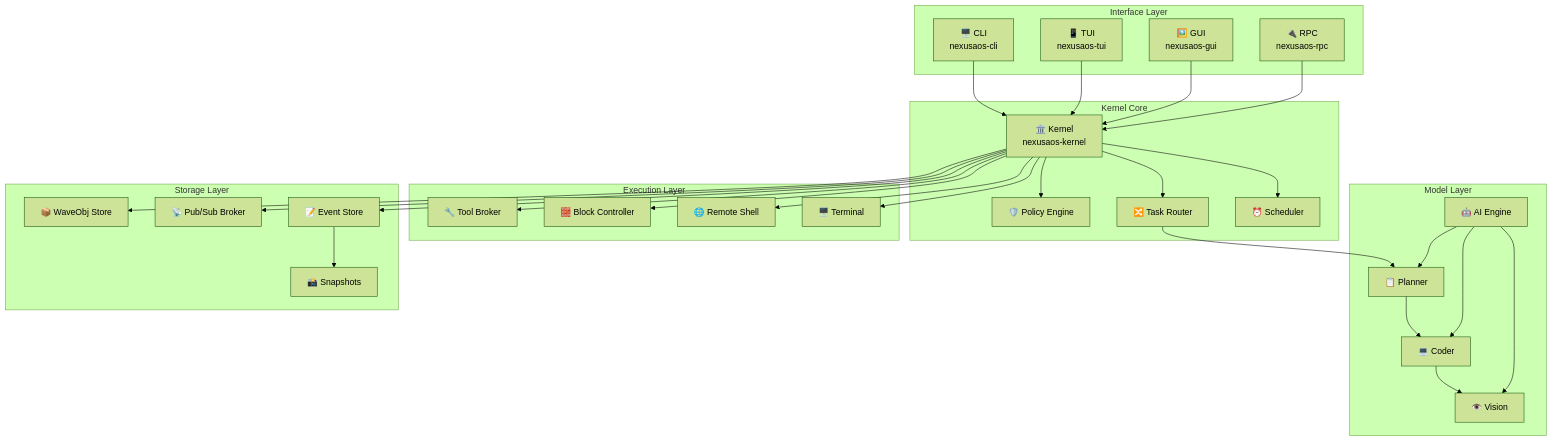
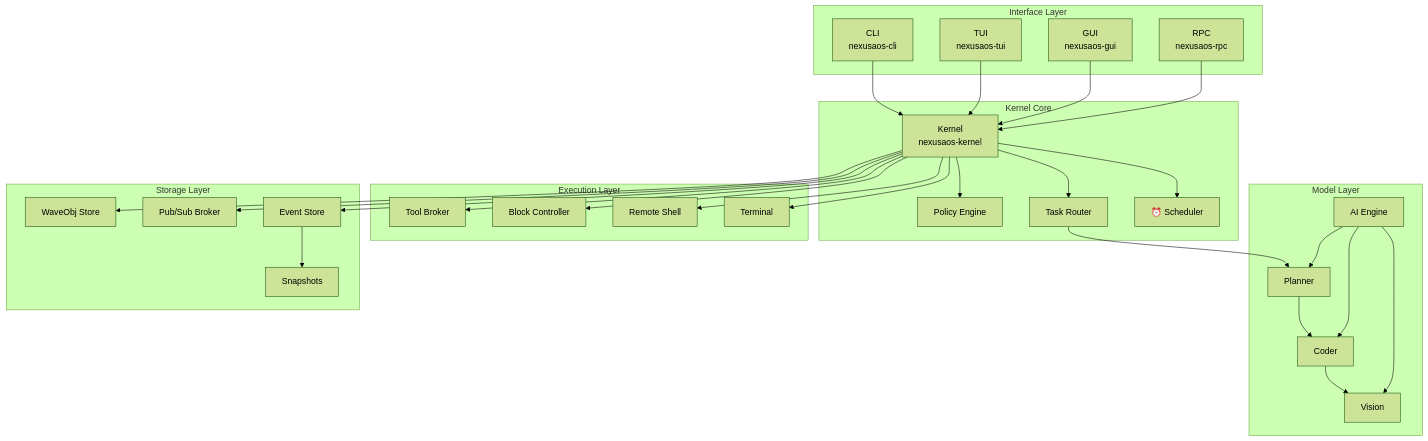
One commit to gaganjainse/nexus-kernel changed the third of 5 diagrams in README.md. Above: the diagram before and after it, drawn with Mermaid (forest theme). The commit also changed other lines of this file, not shown here.

````diff
--- a/README.md
+++ b/README.md
@@ -238,64 +236,64 @@
 ```mermaid
 graph TB
     subgraph "Interface Layer"
-        CLI["🖥️ CLI<br/>nexusaos-cli"]
-        TUI["📱 TUI<br/>nexusaos-tui"]
-        GUI["🖼️ GUI<br/>nexusaos-gui"]
-        RPC["🔌 RPC<br/>nexusaos-rpc"]
+        CLI[" CLI<br/>nexusaos-cli"]
+        TUI[" TUI<br/>nexusaos-tui"]
+        GUI[" GUI<br/>nexusaos-gui"]
+        RPC[" RPC<br/>nexusaos-rpc"]
     end
 
     subgraph "Kernel Core"
-        KERNEL["🏛️ Kernel<br/>nexusaos-kernel"]
-        POLICY["🛡️ Policy Engine"]
-        ROUTER["🔀 Task Router"]
+        KERNEL[" Kernel<br/>nexusaos-kernel"]
+        POLICY[" Policy Engine"]
+        ROUTER[" Task Router"]
         SCHEDULER["⏰ Scheduler"]
     end
 
     subgraph "Model Layer"
-        PLANNER["📋 Planner"]
-        CODER["💻 Coder"]
-        VISION["👁️ Vision"]
-        AI["🤖 AI Engine"]
+        PLANNER[" Planner"]
+        CODER[" Coder"]
+        VISION[" Vision"]
+        AI[" AI Engine"]
     end
 
     subgraph "Execution Layer"
-        TOOLS["🔧 Tool Broker"]
-        BLOCKCTL["🧱 Block Controller"]
-        REMOTE["🌐 Remote Shell"]
-        TERMINAL["🖥️ Terminal"]
+        TOOLS[" Tool Broker"]
+        BLOCKCTL[" Block Controller"]
+        REMOTE[" Remote Shell"]
+        TERMINAL[" Terminal"]
     end
 
     subgraph "Storage Layer"
-        WAVEOBJ["📦 WaveObj Store"]
-        WPS["📡 Pub/Sub Broker"]
-        EVENTSTORE["📝 Event Store"]
-        SNAPSHOT["📸 Snapshots"]
+        WAVEOBJ[" WaveObj Store"]
+        WPS[" Pub/Sub Broker"]
+        EVENTSTORE[" Event Store"]
+        SNAPSHOT[" Snapshots"]
     end
 
     CLI --> KERNEL
     TUI --> KERNEL
     GUI --> KERNEL
     RPC --> KERNEL
 
     KERNEL --> POLICY
     KERNEL --> ROUTER
     KERNEL --> SCHEDULER
 
     ROUTER --> PLANNER
     PLANNER --> CODER
     CODER --> VISION
 
     KERNEL --> TOOLS
     KERNEL --> BLOCKCTL
     KERNEL --> REMOTE
     KERNEL --> TERMINAL
 
     KERNEL --> WAVEOBJ
     KERNEL --> WPS
     KERNEL --> EVENTSTORE
     EVENTSTORE --> SNAPSHOT
 
     AI --> PLANNER
     AI --> CODER
     AI --> VISION
 ```
````
